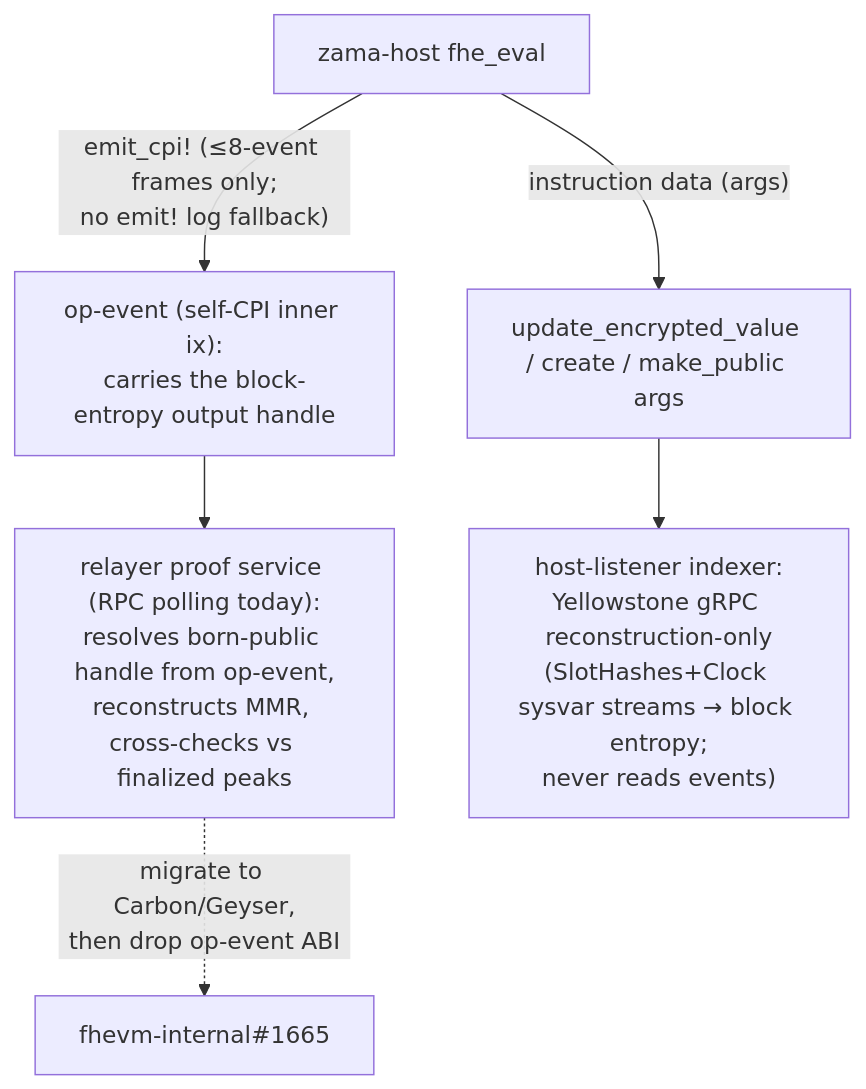
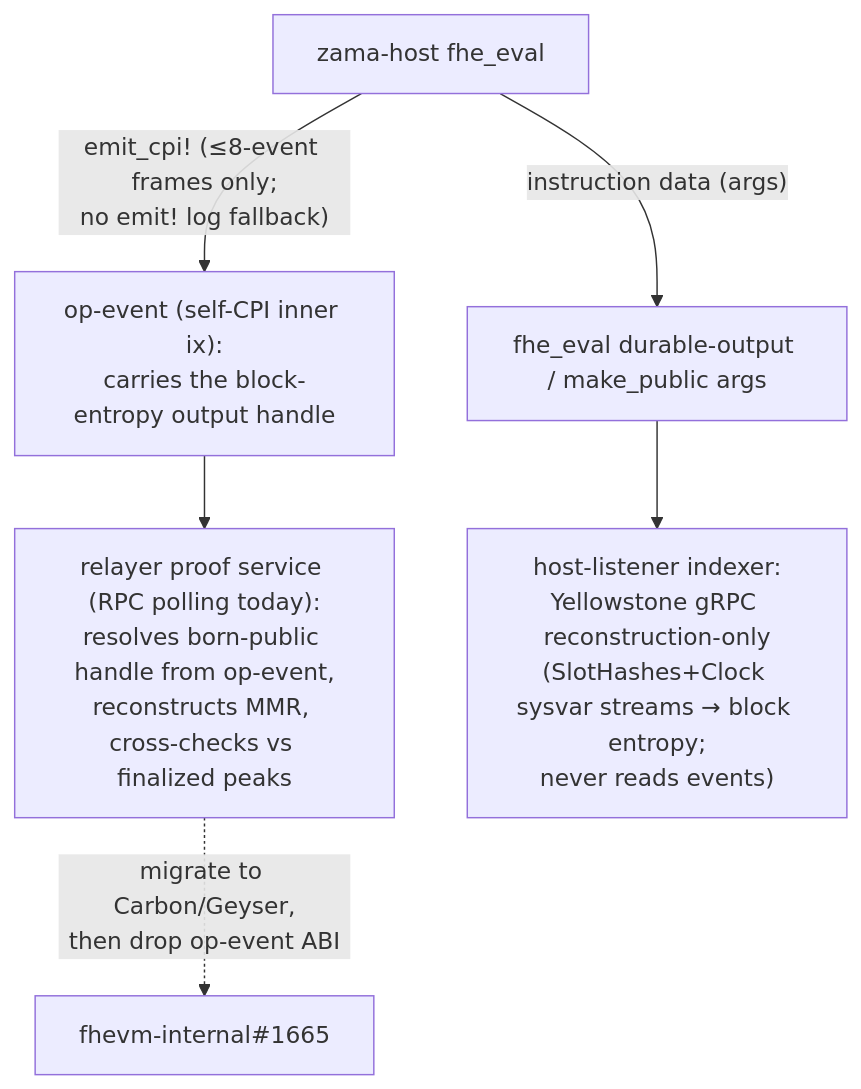
Before and after one commit to zama-ai/fhevm: the sixth of 6 diagrams in solana/docs/MMR_ACL_MVP.md, drawn with Mermaid. The commit also changed other lines of this file and 15 other files, not shown here.

Commit message:
fix(solana): disable raw encrypted value lifecycle

````diff
--- a/solana/docs/MMR_ACL_MVP.md
+++ b/solana/docs/MMR_ACL_MVP.md
@@ -159,8 +163,8 @@
 ```mermaid
 flowchart TD
     prog["zama-host fhe_eval"] -->|"emit_cpi! (≤8-event frames only;<br/>no emit! log fallback)"| ev["op-event (self-CPI inner ix):<br/>carries the block-entropy output handle"]
-    prog -->|"instruction data (args)"| ix["update_encrypted_value / create / make_public args"]
+    prog -->|"instruction data (args)"| ix["fhe_eval durable-output / make_public args"]
     ev --> relayer["relayer proof service (RPC polling today):<br/>resolves born-public handle from op-event,<br/>reconstructs MMR, cross-checks vs finalized peaks"]
     ix --> listener["host-listener indexer:<br/>Yellowstone gRPC reconstruction-only<br/>(SlotHashes+Clock sysvar streams → block entropy;<br/>never reads events)"]
     relayer -.->|"migrate to Carbon/Geyser,<br/>then drop op-event ABI"| followup["fhevm-internal#1665"]
 ```
````
